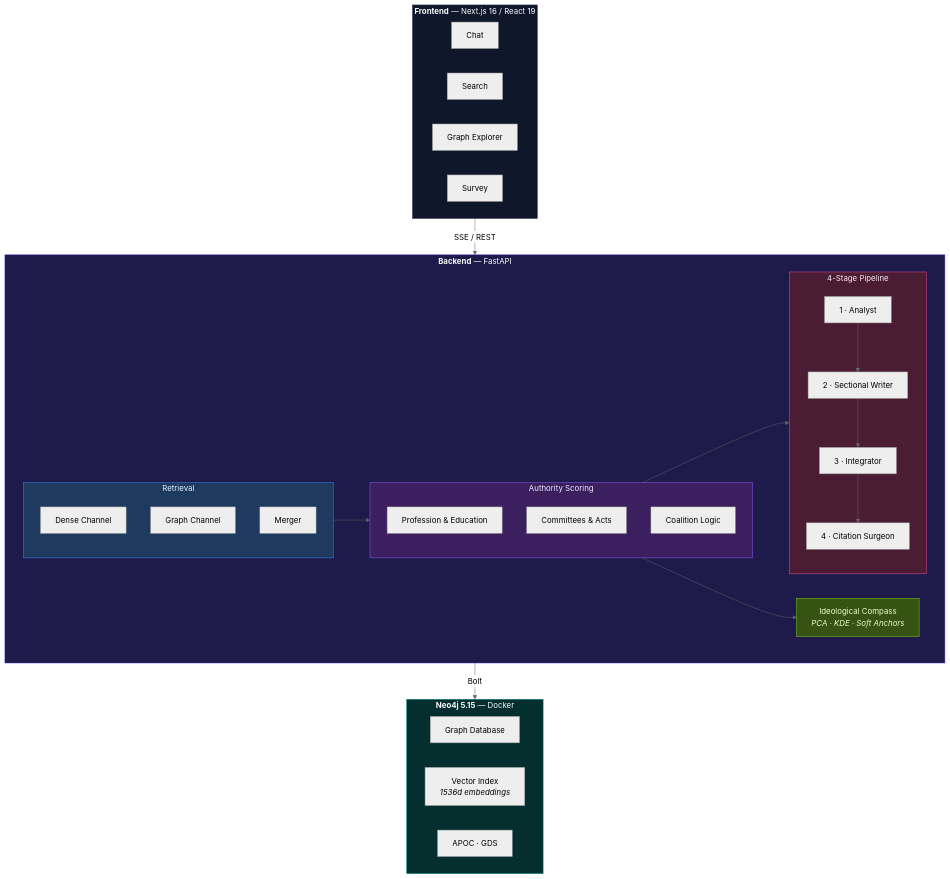
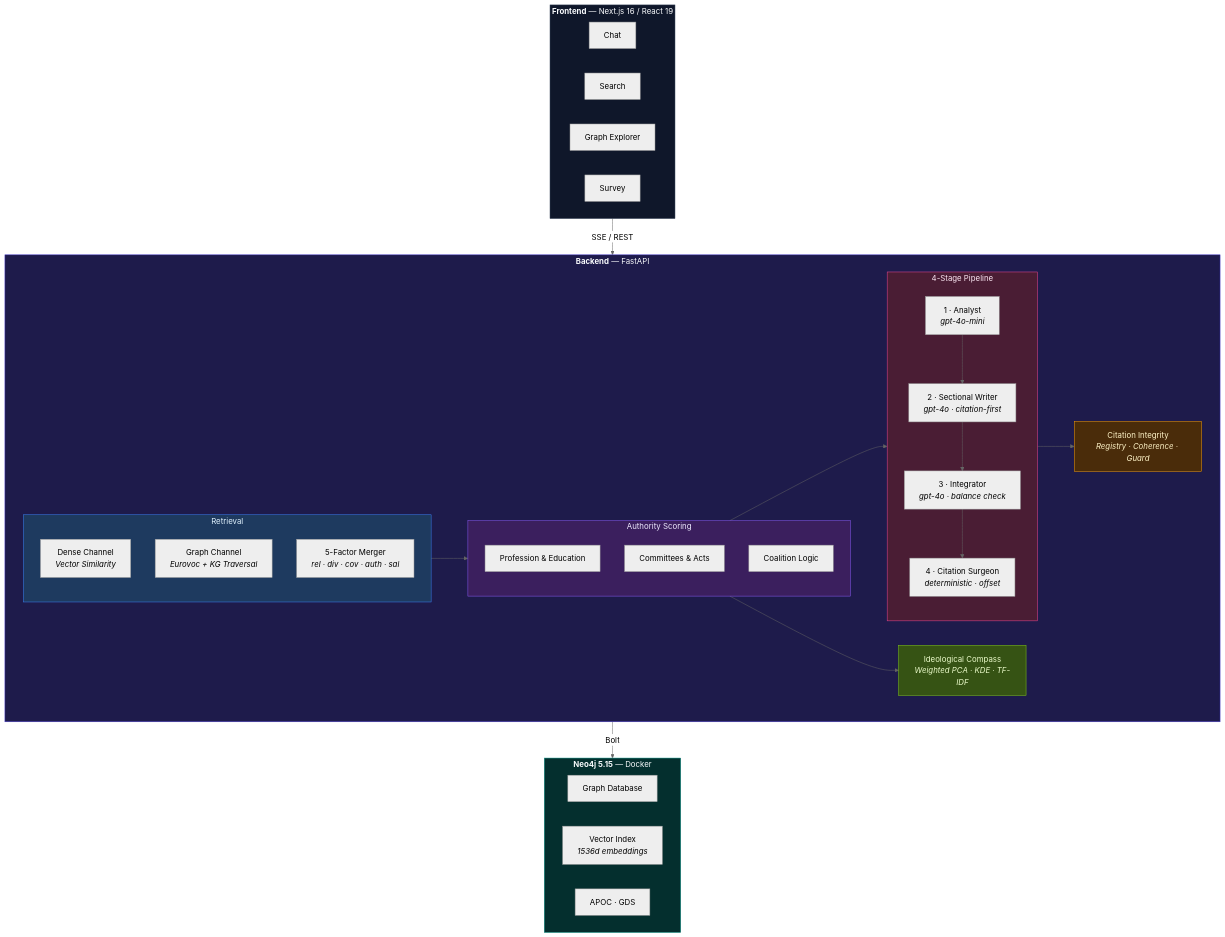
Before and after one commit to Emeierkeio/ParliamentRAG: the first of 2 diagrams in README.md, drawn with Mermaid (neutral theme). The commit also changed other lines of this file and 12 other files, not shown here.

````diff
--- a/README.md
+++ b/README.md
@@ -58,55 +66,58 @@
 ```mermaid
 flowchart TB
   subgraph Frontend["<b>Frontend</b> — Next.js 16 / React 19"]
     direction LR
     Chat["Chat"]
     Search["Search"]
     Explorer["Graph Explorer"]
     Survey["Survey"]
   end
 
   Frontend -->|"SSE / REST"| Backend
 
   subgraph Backend["<b>Backend</b> — FastAPI"]
     direction LR
     subgraph Retrieval["Retrieval"]
-      Dense["Dense Channel"]
-      Graph["Graph Channel"]
-      Merger["Merger"]
+      Dense["Dense Channel<br/><i>Vector Similarity</i>"]
+      Graph["Graph Channel<br/><i>Eurovoc + KG Traversal</i>"]
+      Merger["5-Factor Merger<br/><i>rel · div · cov · auth · sal</i>"]
     end
     subgraph Authority["Authority Scoring"]
       Prof["Profession & Education"]
       Comm["Committees & Acts"]
       Coal["Coalition Logic"]
     end
     subgraph Generation["4-Stage Pipeline"]
-      S1["1 · Analyst"]
-      S2["2 · Sectional Writer"]
-      S3["3 · Integrator"]
-      S4["4 · Citation Surgeon"]
+      S1["1 · Analyst<br/><i>gpt-4o-mini</i>"]
+      S2["2 · Sectional Writer<br/><i>gpt-4o · citation-first</i>"]
+      S3["3 · Integrator<br/><i>gpt-4o · balance check</i>"]
+      S4["4 · Citation Surgeon<br/><i>deterministic · offset</i>"]
       S1 --> S2 --> S3 --> S4
     end
-    Compass["Ideological Compass<br/><i>PCA · KDE · Soft Anchors</i>"]
+    Compass["Ideological Compass<br/><i>Weighted PCA · KDE · TF-IDF</i>"]
+    Integrity["Citation Integrity<br/><i>Registry · Coherence · Guard</i>"]
   end
 
   Retrieval --> Authority
   Authority --> Generation
   Authority --> Compass
+  Generation --> Integrity
 
   Backend -->|"Bolt"| DB
 
   subgraph DB["<b>Neo4j 5.15</b> — Docker"]
     direction LR
     GraphDB["Graph Database"]
     VectorIdx["Vector Index<br/><i>1536d embeddings</i>"]
     Plugins["APOC · GDS"]
   end
 
   style Frontend fill:#0f172a,stroke:#334155,color:#f8fafc
   style Backend fill:#1e1b4b,stroke:#4338ca,color:#f8fafc
   style DB fill:#042f2e,stroke:#0d9488,color:#f8fafc
   style Retrieval fill:#1e3a5f,stroke:#3b82f6,color:#e0f2fe
   style Authority fill:#3b1f5e,stroke:#8b5cf6,color:#ede9fe
   style Generation fill:#4a1d34,stroke:#ec4899,color:#fce7f3
   style Compass fill:#365314,stroke:#84cc16,color:#ecfccb
+  style Integrity fill:#4a2c0a,stroke:#f59e0b,color:#fef3c7
 ```
````
